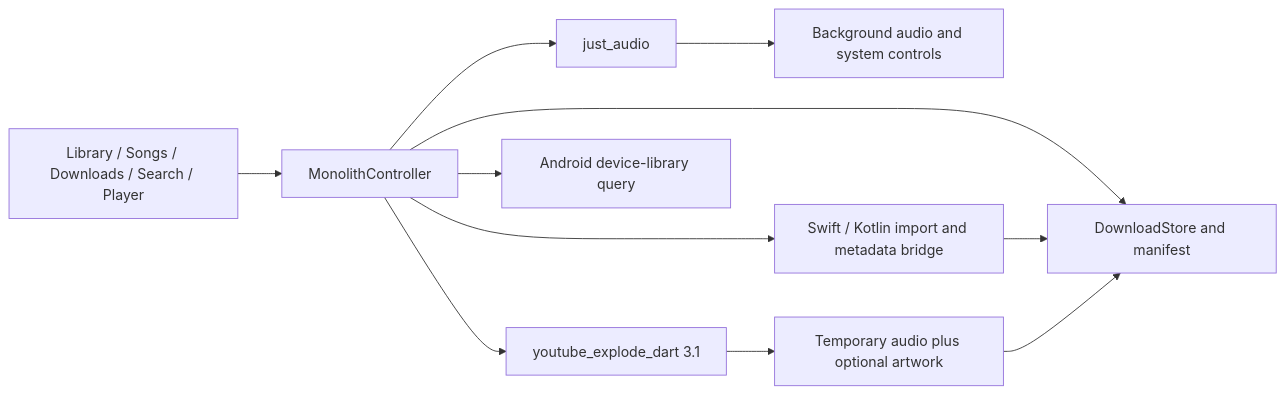
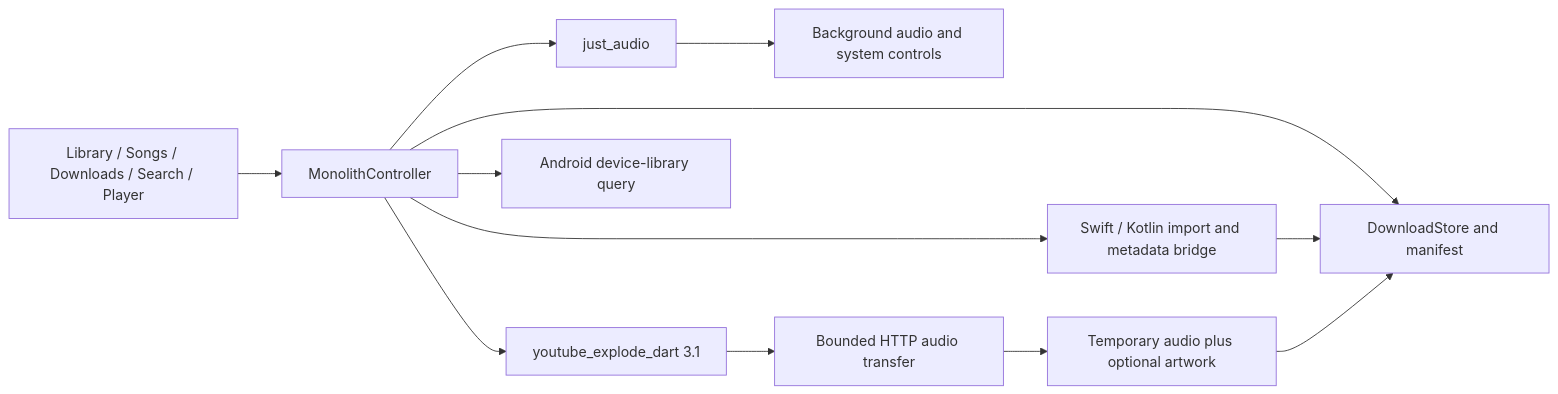
The third of 3 diagrams in README.md (naveed-gung/Monolith), drawn with Mermaid before and after one commit. The commit also changed other lines of this file and 28 other files, not shown here.

````diff
--- a/README.md
+++ b/README.md
@@ -93,13 +95,14 @@
 ```mermaid
 flowchart LR
     Screens[Library / Songs / Downloads / Search / Player] --> Controller[MonolithController]
     Controller --> Player[just_audio]
     Player --> System[Background audio and system controls]
     Controller --> Storage[DownloadStore and manifest]
     Controller --> Native[Swift / Kotlin import and metadata bridge]
     Native --> Storage
     Controller --> Downloader[youtube_explode_dart 3.1]
-    Downloader --> Temporary[Temporary audio plus optional artwork]
+    Downloader --> Transfer[Bounded HTTP audio transfer]
+    Transfer --> Temporary[Temporary audio plus optional artwork]
     Temporary --> Storage
     Controller --> Android[Android device-library query]
 ```
````
